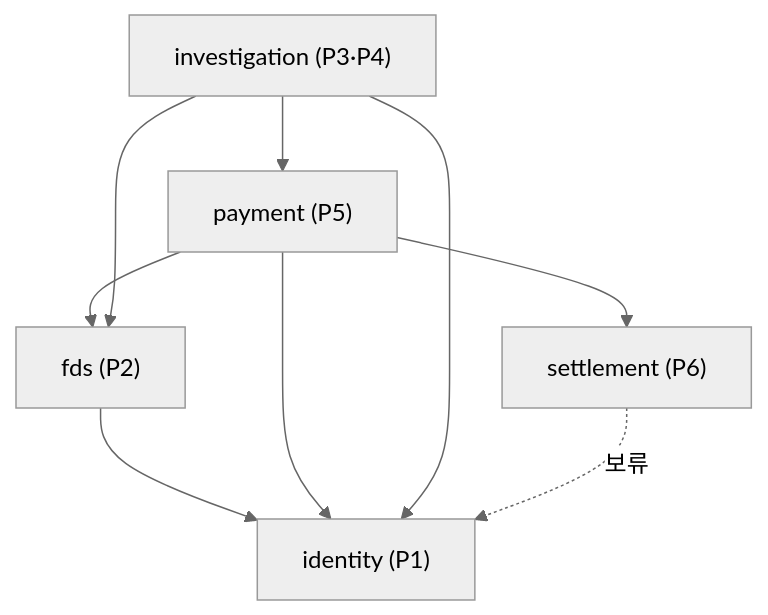
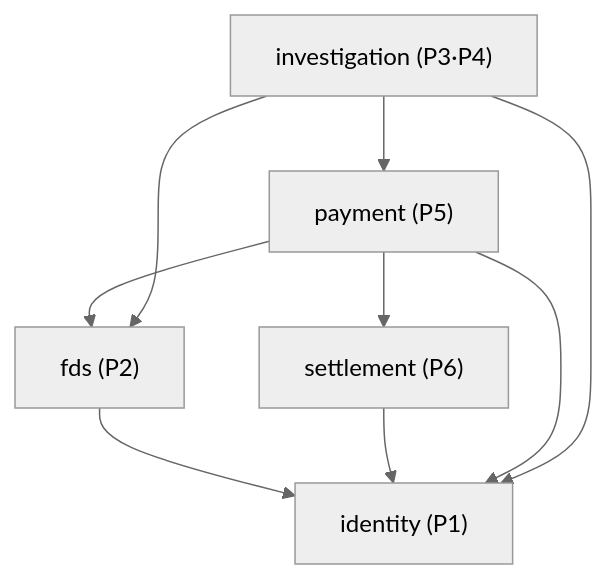
The diagram in docs/modulith/04-dependency-and-events.md (team-sweethan/DonWorry), drawn with Mermaid (neutral theme) before and after one commit. The commit also changed other lines of this file and 6 other files, not shown here.

First line of the commit message:
docs: settlement → identity 의존 허용 ADR-0038과 허용 목록 반영 (#240)

````diff
--- a/docs/modulith/04-dependency-and-events.md
+++ b/docs/modulith/04-dependency-and-events.md
@@ -11,17 +11,17 @@
 ```mermaid
 flowchart TB
     identity["identity (P1)"]
     fds["fds (P2)"]
     settlement["settlement (P6)"]
     payment["payment (P5)"]
     investigation["investigation (P3·P4)"]
 
     fds --> identity
     payment --> fds
+    settlement --> identity
     payment --> identity
     payment --> settlement
     investigation --> payment
     investigation --> fds
     investigation --> identity
-    settlement -. "보류" .-> identity
 ```
````
